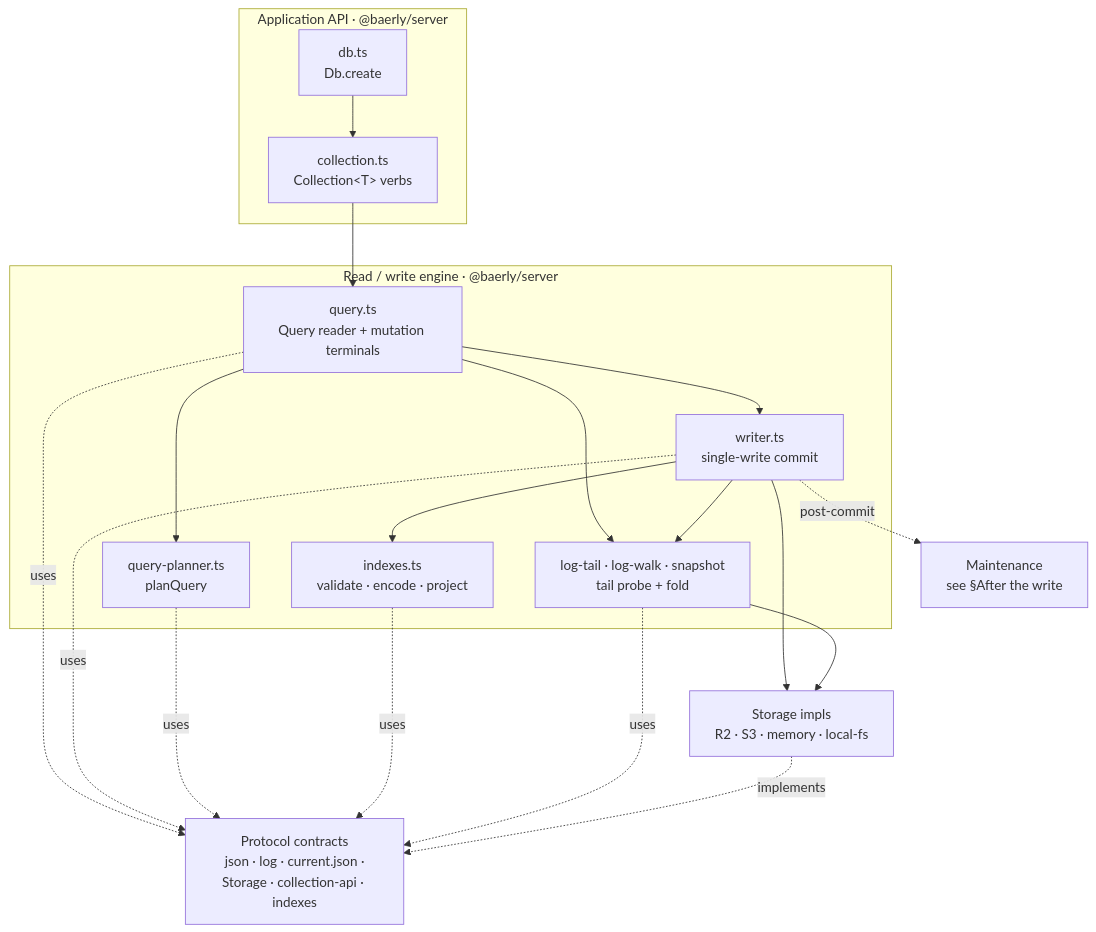
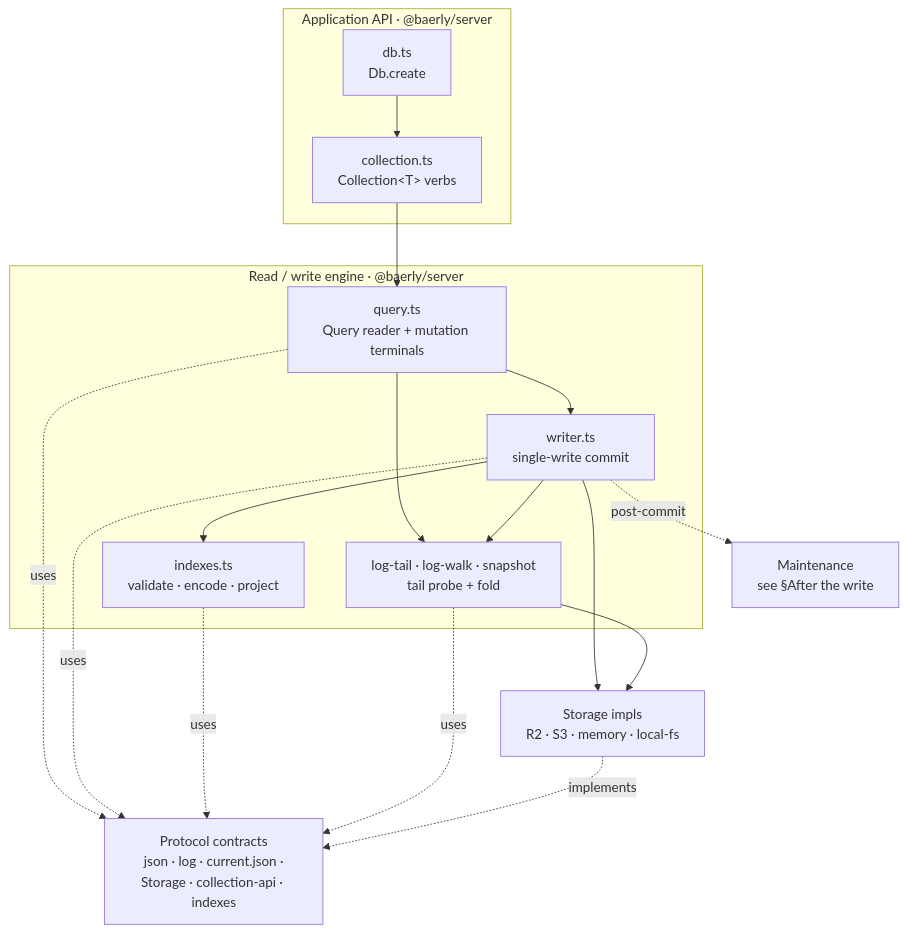
One commit to Gusto/baerly-storage changed the second of 4 diagrams in docs/architecture.md. Above: the diagram before and after it, drawn with Mermaid. The commit also changed other lines of this file and 31 other files, not shown here.

````diff
--- a/docs/architecture.md
+++ b/docs/architecture.md
@@ -154,36 +154,33 @@
 ```mermaid
 flowchart TD
     subgraph api["Application API · @baerly/server"]
         db["db.ts<br/>Db.create"]
         collection["collection.ts<br/>Collection&lt;T&gt; verbs"]
     end
 
     subgraph engine["Read / write engine · @baerly/server"]
         query["query.ts<br/>Query reader + mutation terminals"]
-        planner["query-planner.ts<br/>planQuery"]
         writer["writer.ts<br/>single-write commit"]
         indexhelpers["indexes.ts<br/>validate · encode · project"]
         logio["log-tail · log-walk · snapshot<br/>tail probe + fold"]
     end
 
     protocol["Protocol contracts<br/>json · log · current.json ·<br/>Storage · collection-api · indexes"]
     storage["Storage impls<br/>R2 · S3 · memory · local-fs"]
     maint["Maintenance<br/>see §After the write"]
 
     db --> collection
     collection --> query
-    query --> planner
     query --> writer
     query --> logio
     query -. uses .-> protocol
     writer --> indexhelpers
     writer --> logio
     writer --> storage
     writer -. uses .-> protocol
     writer -. post-commit .-> maint
-    planner -. uses .-> protocol
     indexhelpers -. uses .-> protocol
     logio --> storage
     logio -. uses .-> protocol
     storage -. implements .-> protocol
 ```
````
